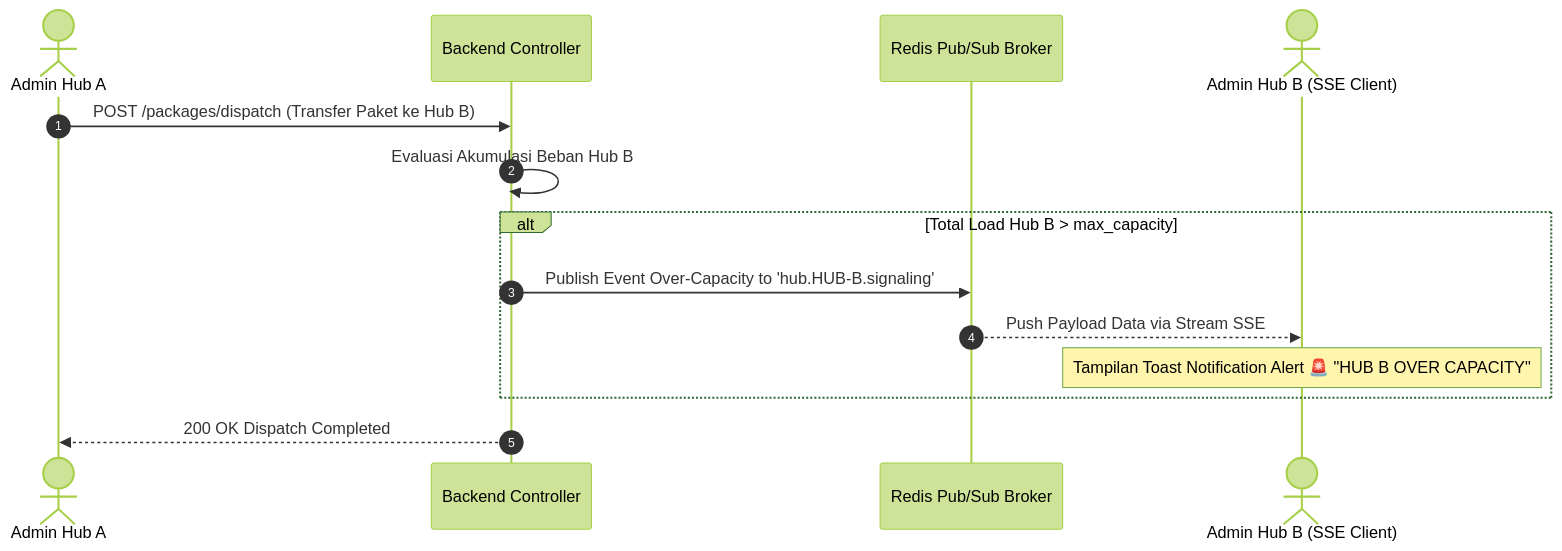
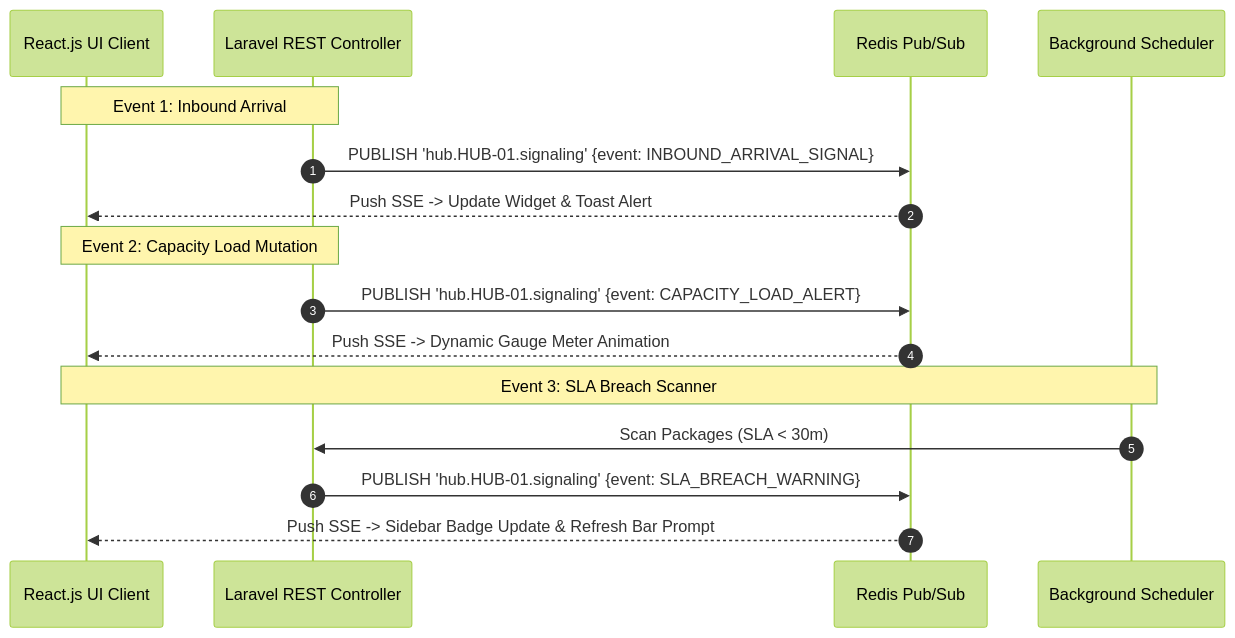
The diagram in docs/frd/FRD_F05_Event_Driven_SSE_Signaling.md (AhmadKusumahDEV/anteraja-capstone-muhammad_fatur), drawn with Mermaid (forest theme) before and after one commit. The commit also changed other lines of this file and 7 other files, not shown here.

Commit message:
updated prd and frd adjustment flow and mvp

````diff
--- a/docs/frd/FRD_F05_Event_Driven_SSE_Signaling.md
+++ b/docs/frd/FRD_F05_Event_Driven_SSE_Signaling.md
@@ -19,17 +84,21 @@
 ```mermaid
 sequenceDiagram
     autonumber
-    actor AdminA as Admin Hub A
-    participant API as Backend Controller
-    participant Redis as Redis Pub/Sub Broker
-    actor AdminB as Admin Hub B (SSE Client)
+    participant Client as React.js UI Client
+    participant API as Laravel REST Controller
+    participant Redis as Redis Pub/Sub
+    participant Cron as Background Scheduler
 
-    AdminA->>API: POST /packages/dispatch (Transfer Paket ke Hub B)
-    API->>API: Evaluasi Akumulasi Beban Hub B
-    alt Total Load Hub B > max_capacity
-        API->>Redis: Publish Event Over-Capacity to 'hub.HUB-B.signaling'
-        Redis-->>AdminB: Push Payload Data via Stream SSE
-        Note over AdminB: Tampilan Toast Notification Alert 🚨 "HUB B OVER CAPACITY"
-    end
-    API-->>AdminA: 200 OK Dispatch Completed
+    note over Client, API: Event 1: Inbound Arrival
+    API->>Redis: PUBLISH 'hub.HUB-01.signaling' {event: INBOUND_ARRIVAL_SIGNAL}
+    Redis-->>Client: Push SSE -> Update Widget & Toast Alert
+
+    note over Client, API: Event 2: Capacity Load Mutation
+    API->>Redis: PUBLISH 'hub.HUB-01.signaling' {event: CAPACITY_LOAD_ALERT}
+    Redis-->>Client: Push SSE -> Dynamic Gauge Meter Animation
+
+    note over Client, Cron: Event 3: SLA Breach Scanner
+    Cron->>API: Scan Packages (SLA < 30m)
+    API->>Redis: PUBLISH 'hub.HUB-01.signaling' {event: SLA_BREACH_WARNING}
+    Redis-->>Client: Push SSE -> Sidebar Badge Update & Refresh Bar Prompt
 ```
````
